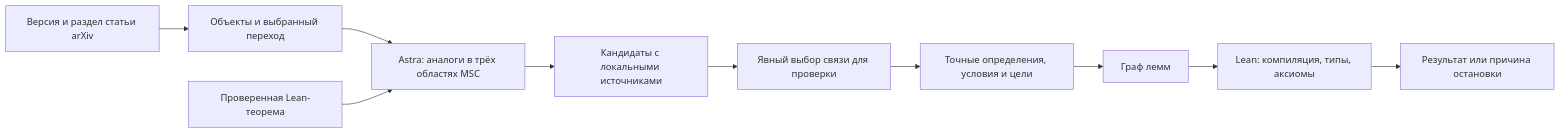
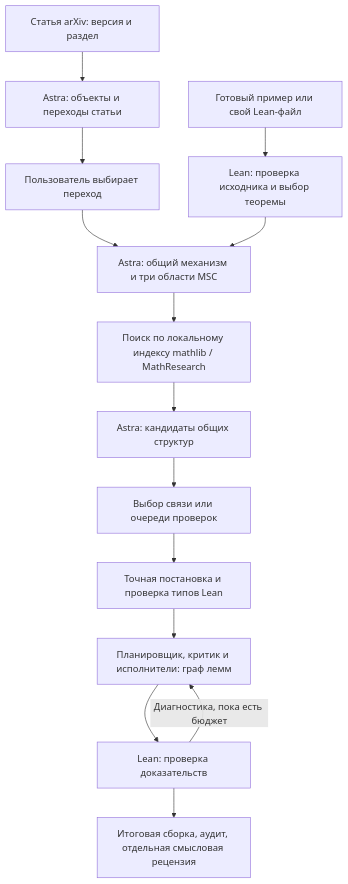
Before and after one commit to Medrov/astra-math-research: the diagram in README.md, drawn with Mermaid. The commit also changed other lines of this file and 2 other files, not shown here.

Commit message:
Document current research UI, architecture and first-run setup

````diff
--- a/README.md
+++ b/README.md
@@ -9,12 +165,16 @@
 ```mermaid
-flowchart LR
-    Article["Версия и раздел статьи arXiv"] --> Objects["Объекты и выбранный переход"]
-    Objects --> Search["Astra: аналоги в трёх областях MSC"]
-    Source["Проверенная Lean-теорема"] --> Search
-    Search --> Candidate["Кандидаты с локальными источниками"]
-    Candidate --> Choice["Явный выбор связи для проверки"]
-    Choice --> Contract["Точные определения, условия и цели"]
-    Contract --> Lemmas["Граф лемм"]
-    Lemmas --> Lean["Lean: компиляция, типы, аксиомы"]
-    Lean --> Result["Результат или причина остановки"]
+flowchart TD
+    Article["Статья arXiv: версия и раздел"] --> Extract["Astra: объекты и переходы статьи"]
+    Extract --> Pick["Пользователь выбирает переход"]
+    Pick --> Profile["Astra: общий механизм и три области MSC"]
+    Input["Готовый пример или свой Lean-файл"] --> Inspect["Lean: проверка исходника и выбор теоремы"]
+    Inspect --> Profile
+    Profile --> Retrieval["Поиск по локальному индексу mathlib / MathResearch"]
+    Retrieval --> Candidates["Astra: кандидаты общих структур"]
+    Candidates --> Choice["Выбор связи или очереди проверок"]
+    Choice --> Contract["Точная постановка и проверка типов Lean"]
+    Contract --> Roles["Планировщик, критик и исполнители: граф лемм"]
+    Roles --> Lean["Lean: проверка доказательств"]
+    Lean -->|"Диагностика, пока есть бюджет"| Roles
+    Lean --> Result["Итоговая сборка, аудит, отдельная смысловая рецензия"]
 ```
````
